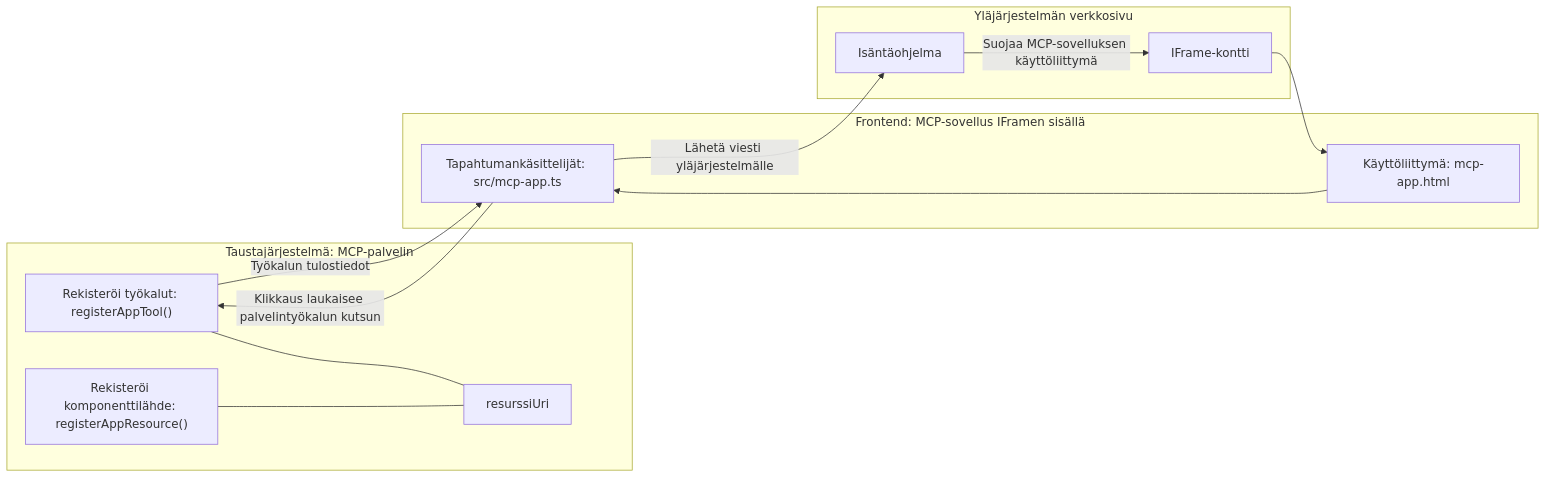
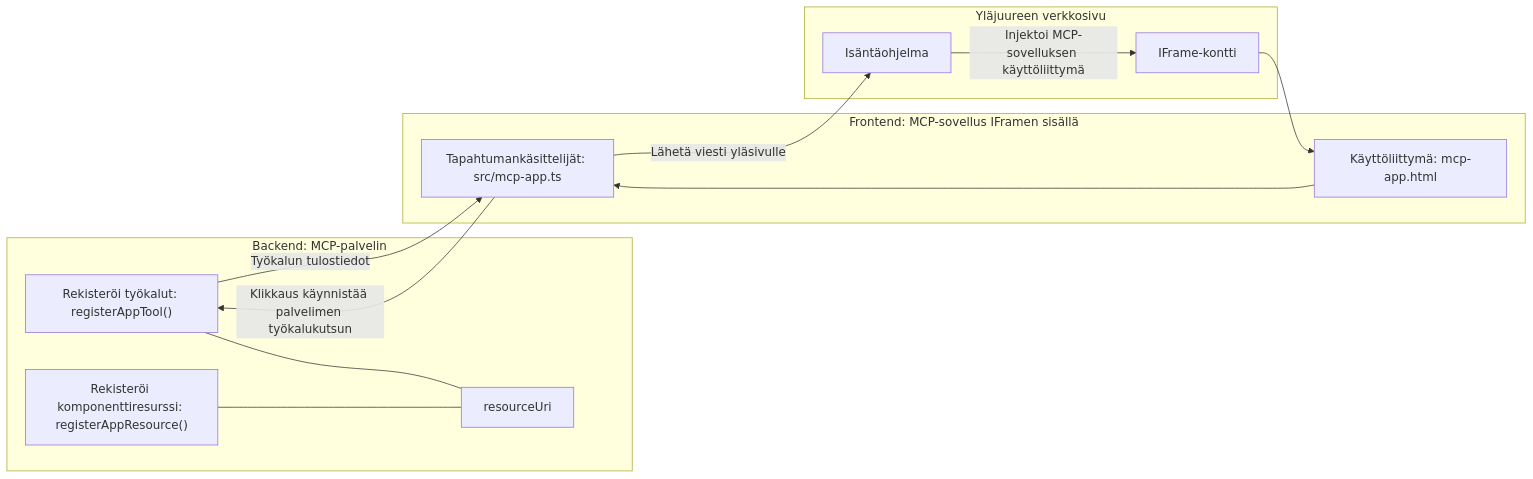
Before and after one commit to HIDORAKAI002/ai-workspace-archive: the diagram in mcp_ecosystem__model_context_protocol/mcp_learning_resources/mcp-for-beginners/translations/fi/03-GettingStarted/15-mcp-apps/README.md, drawn with Mermaid. The commit also changed other lines of this file and 1160 other files, not shown here.

````diff
--- a/mcp_ecosystem__model_context_protocol/mcp_learning_resources/mcp-for-beginners/translations/fi/03-GettingStarted/15-mcp-apps/README.md
+++ b/mcp_ecosystem__model_context_protocol/mcp_learning_resources/mcp-for-beginners/translations/fi/03-GettingStarted/15-mcp-apps/README.md
@@ -32,27 +32,27 @@
 ```mermaid
 flowchart LR
-  subgraph Backend[Taustajärjestelmä: MCP-palvelin]
+  subgraph Backend[Backend: MCP-palvelin]
     T["Rekisteröi työkalut: registerAppTool()"]
-    C["Rekisteröi komponenttilähde: registerAppResource()"]
-    U[resurssiUri]
+    C["Rekisteröi komponenttiresurssi: registerAppResource()"]
+    U[resourceUri]
     T --- U
     C --- U
   end
 
-  subgraph Parent[Yläjärjestelmän verkkosivu]
+  subgraph Parent[Yläjuureen verkkosivu]
     H[Isäntäohjelma]
     IFRAME[IFrame-kontti]
-    H -->|Suojaa MCP-sovelluksen käyttöliittymä| IFRAME
+    H -->|Injektoi MCP-sovelluksen käyttöliittymä| IFRAME
   end
 
   subgraph Frontend[Frontend: MCP-sovellus IFramen sisällä]
     UI["Käyttöliittymä: mcp-app.html"]
     EH["Tapahtumankäsittelijät: src/mcp-app.ts"]
     UI --> EH
   end
 
   IFRAME --> UI
-  EH -->|Klikkaus laukaisee palvelintyökalun kutsun| T
+  EH -->|Klikkaus käynnistää palvelimen työkalukutsun| T
   T -->|Työkalun tulostiedot| EH
-  EH -->|Lähetä viesti yläjärjestelmälle| H
+  EH -->|Lähetä viesti yläsivulle| H
 ```
````
